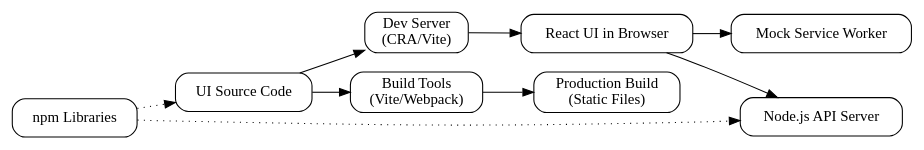
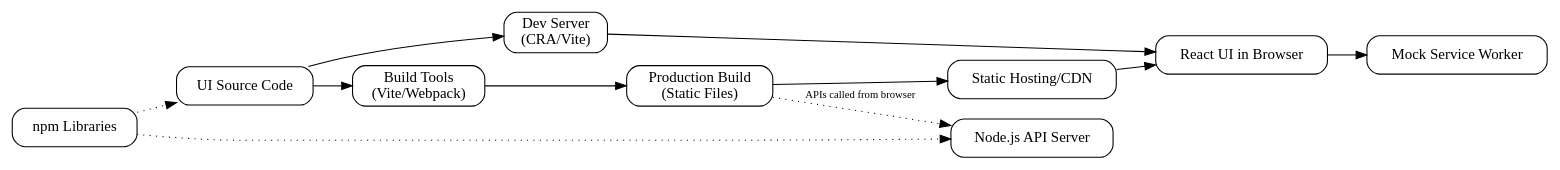
The second of 2 diagrams in WhatNodeJSDoes.qmd (akv004/ReactJSTips), drawn with Graphviz before and after one commit. The commit also changed other lines of this file and 2 other files, not shown here.

````diff
--- a/WhatNodeJSDoes.qmd
+++ b/WhatNodeJSDoes.qmd
@@ -45,28 +45,31 @@
 ```{dot}
 #| label: fig-dev-process-simplified
 #| fig-cap: "Overview of the development and deployment flow."
 
 digraph G {
   rankdir=LR;
   node [shape=box, style=rounded];
   edge [fontsize=10];
 
   Source [label="UI Source Code"];
   DevServer [label="Dev Server\n(CRA/Vite)"];
   Browser [label="React UI in Browser"];
   MSW [label="Mock Service Worker"];
   Bundler [label="Build Tools\n(Vite/Webpack)"];
   Output [label="Production Build\n(Static Files)"];
+  Hosting [label="Static Hosting/CDN"];
   Backend [label="Node.js API Server"];
   npmLib [label="npm Libraries"];
 
   Source -> DevServer;
   DevServer -> Browser;
   Source -> Bundler;
   Bundler -> Output;
-  Browser -> Backend;
+  Output -> Hosting;
+  Hosting -> Browser;
   Browser -> MSW;
+  Output -> Backend [style=dotted, label="APIs called from browser"];
   npmLib -> Source [style=dotted];
   npmLib -> Backend [style=dotted];
 }
 ```
````
